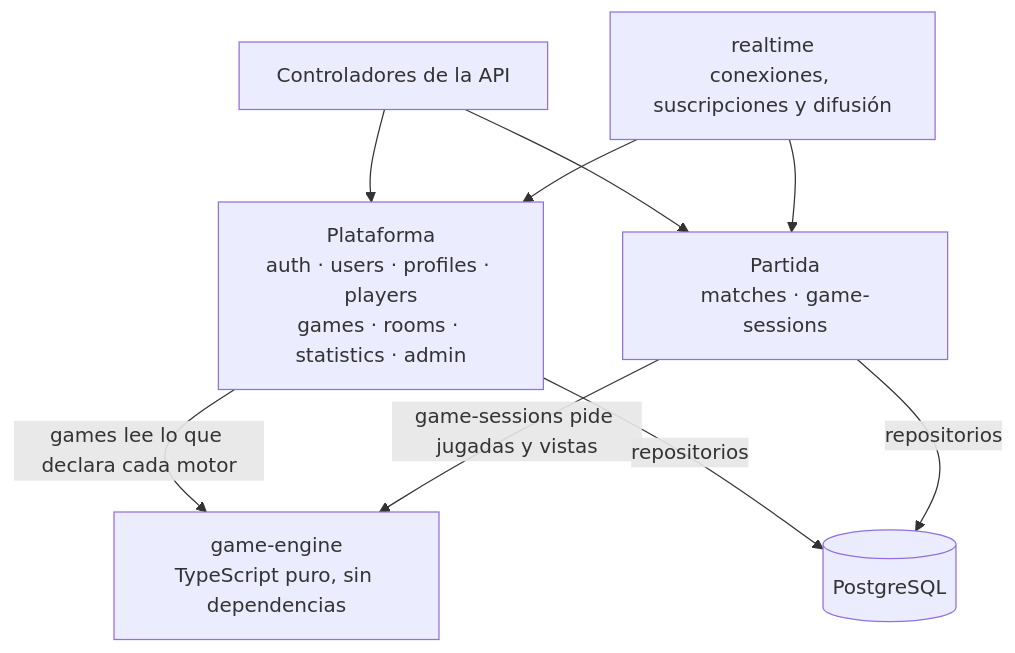
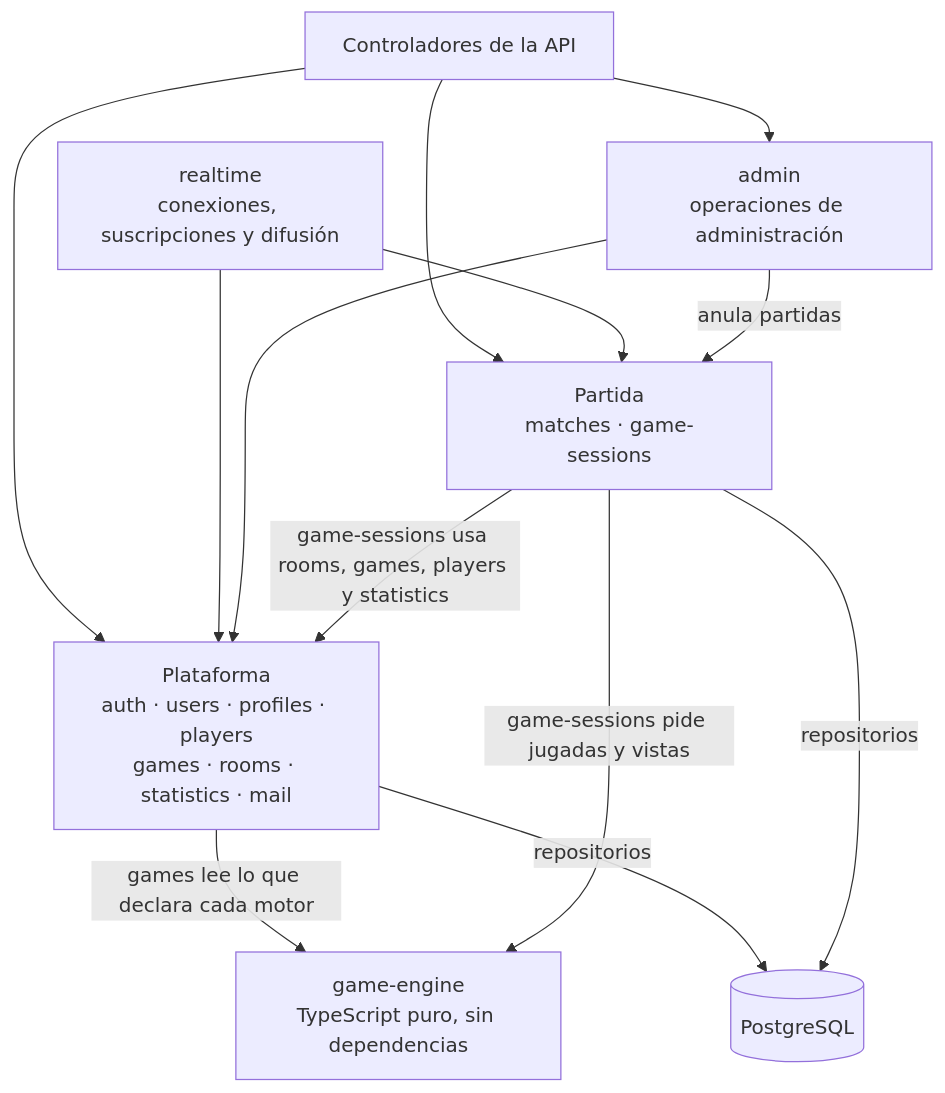
One commit to Ferchoner/gameboard-coliseum-arena changed the second of 2 diagrams in docs/02-arquitectura.md. Above: the diagram before and after it, drawn with Mermaid. The commit also changed other lines of this file and 25 other files, not shown here.

````diff
--- a/docs/02-arquitectura.md
+++ b/docs/02-arquitectura.md
@@ -57,18 +57,23 @@
 ```mermaid
 flowchart TB
     API["Controladores de la API"]
     RT["realtime<br/>conexiones, suscripciones y difusión"]
-    PLAT["Plataforma<br/>auth · users · profiles · players<br/>games · rooms · statistics · admin"]
+    ADMIN["admin<br/>operaciones de administración"]
+    PLAT["Plataforma<br/>auth · users · profiles · players<br/>games · rooms · statistics · mail"]
     PART["Partida<br/>matches · game-sessions"]
     ENGINE["game-engine<br/>TypeScript puro, sin dependencias"]
     DB[("PostgreSQL")]
 
     API --> PLAT
     API --> PART
+    API --> ADMIN
     RT --> PLAT
     RT --> PART
+    ADMIN --> PLAT
+    ADMIN -->|"anula partidas"| PART
+    PART -->|"game-sessions usa rooms, games, players y statistics"| PLAT
     PLAT -->|"games lee lo que declara cada motor"| ENGINE
     PART -->|"game-sessions pide jugadas y vistas"| ENGINE
     PLAT -->|repositorios| DB
     PART -->|repositorios| DB
 ```
````
